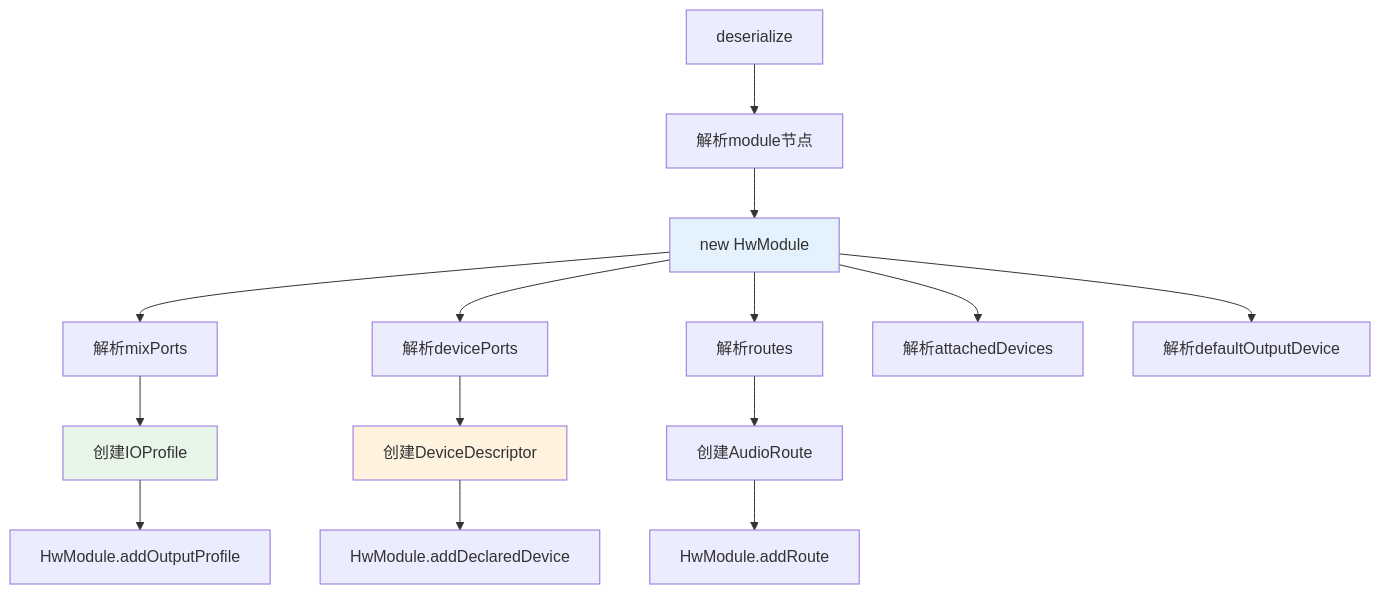
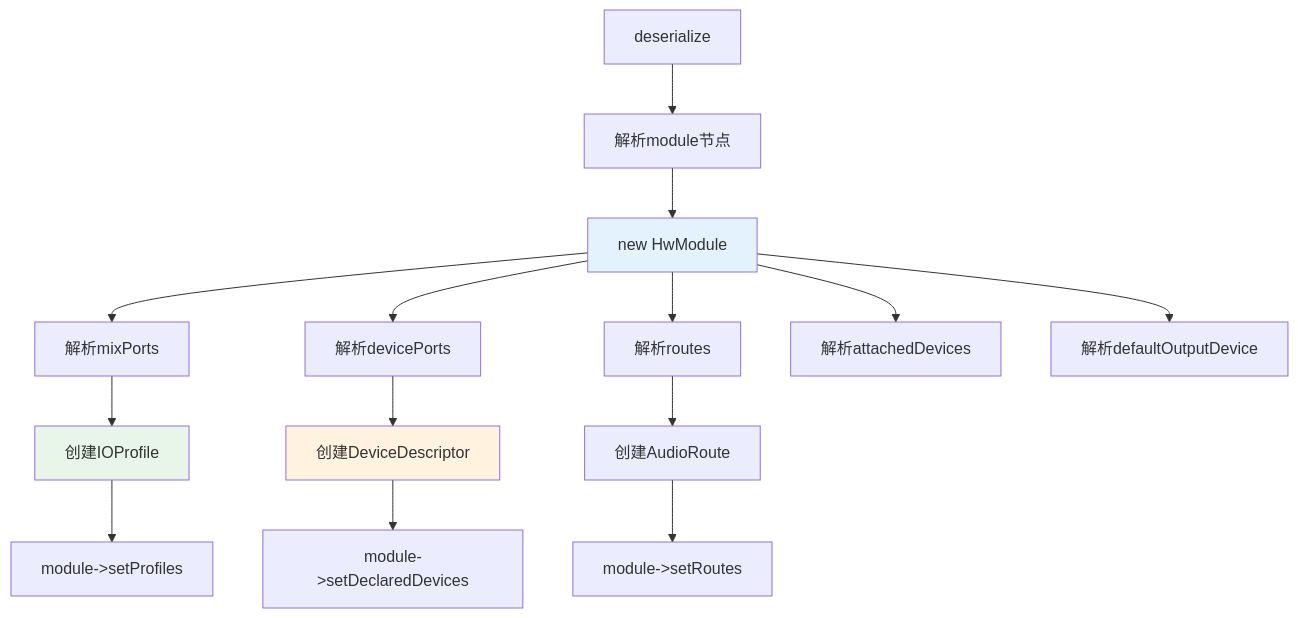
One commit to yanglinzhen1022/SA8295_AAOS_QNX_Audio_KnowledgeBase changed the second of 4 diagrams in 11_Vendor_Layer/11_11.6_配置解析流程.md. Above: the diagram before and after it, drawn with Mermaid. The commit also changed other lines of this file and 13 other files, not shown here.

````diff
--- a/11_Vendor_Layer/11_11.6_配置解析流程.md
+++ b/11_Vendor_Layer/11_11.6_配置解析流程.md
@@ -63,22 +67,22 @@
 ```mermaid
 graph TD
     DES[deserialize] --> MOD[解析module节点]
     MOD --> HM[new HwModule]
     HM --> MP[解析mixPorts]
     HM --> DP[解析devicePorts]
     HM --> RT[解析routes]
     HM --> AT[解析attachedDevices]
     HM --> DOD[解析defaultOutputDevice]
 
     MP --> IO[创建IOProfile]
     DP --> DD[创建DeviceDescriptor]
     RT --> AR[创建AudioRoute]
 
-    IO --> ADD1[HwModule.addOutputProfile]
-    DD --> ADD2[HwModule.addDeclaredDevice]
-    AR --> ADD3[HwModule.addRoute]
+    IO --> ADD1[module->setProfiles]
+    DD --> ADD2[module->setDeclaredDevices]
+    AR --> ADD3[module->setRoutes]
 
     style HM fill:#e3f2fd
     style IO fill:#e8f5e9
     style DD fill:#fff3e0
 ```
````
